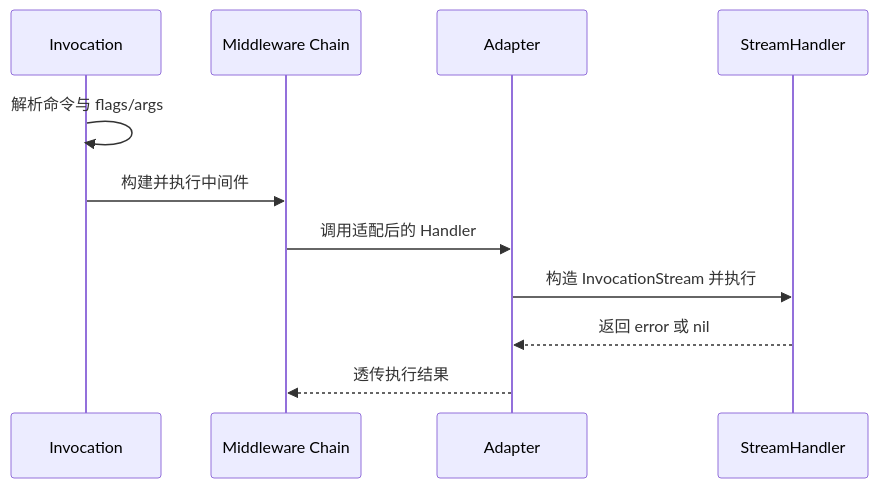
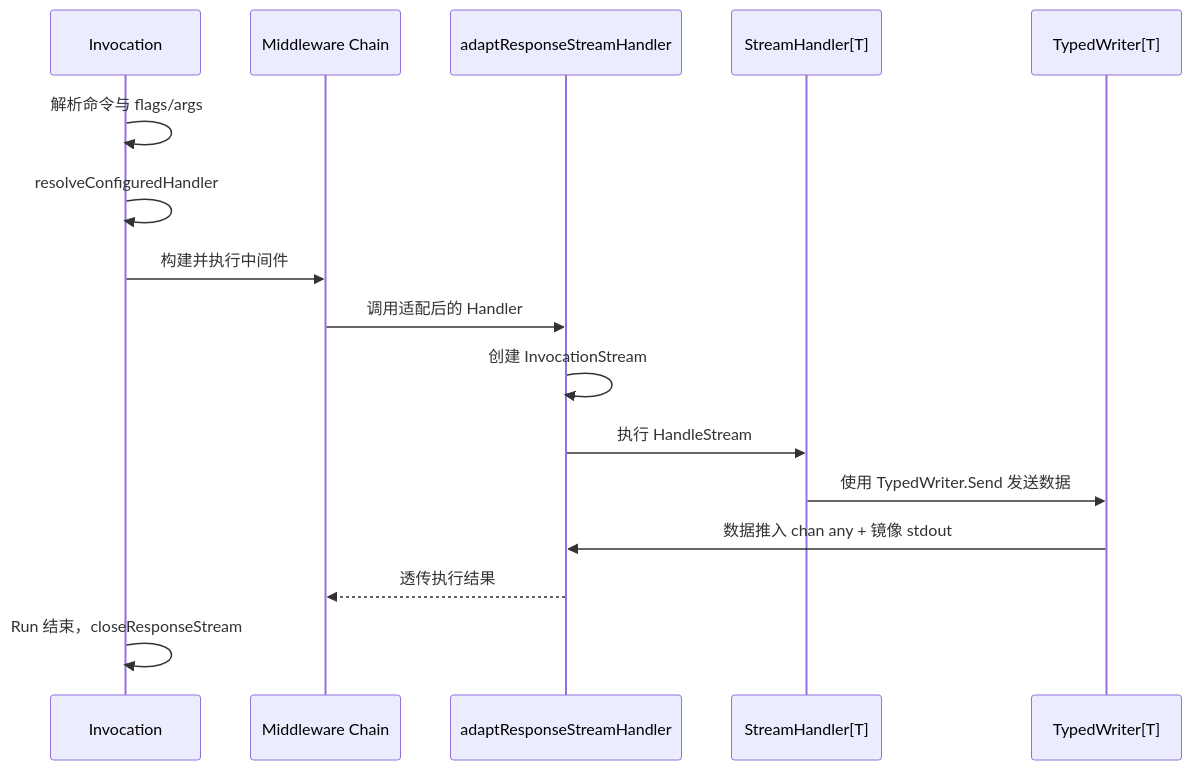
Before and after one commit to pubgo/redant: the first of 2 diagrams in docs/INTERACTIVE_STREAMING.md, drawn with Mermaid. The commit also changed other lines of this file and 3 other files, not shown here.

````diff
--- a/docs/INTERACTIVE_STREAMING.md
+++ b/docs/INTERACTIVE_STREAMING.md
@@ -63,14 +49,19 @@
 ```mermaid
 sequenceDiagram
     participant I as Invocation
     participant M as Middleware Chain
-    participant A as Adapter
-    participant S as StreamHandler
+    participant A as adaptResponseStreamHandler
+    participant S as StreamHandler[T]
+    participant W as TypedWriter[T]
 
     I->>I: 解析命令与 flags/args
+    I->>I: resolveConfiguredHandler
     I->>M: 构建并执行中间件
     M->>A: 调用适配后的 Handler
-    A->>S: 构造 InvocationStream 并执行
-    S-->>A: 返回 error 或 nil
+    A->>A: 创建 InvocationStream
+    A->>S: 执行 HandleStream
+    S->>W: 使用 TypedWriter.Send 发送数据
+    W->>A: 数据推入 chan any + 镜像 stdout
     A-->>M: 透传执行结果
+    I->>I: Run 结束，closeResponseStream
 ```
````
